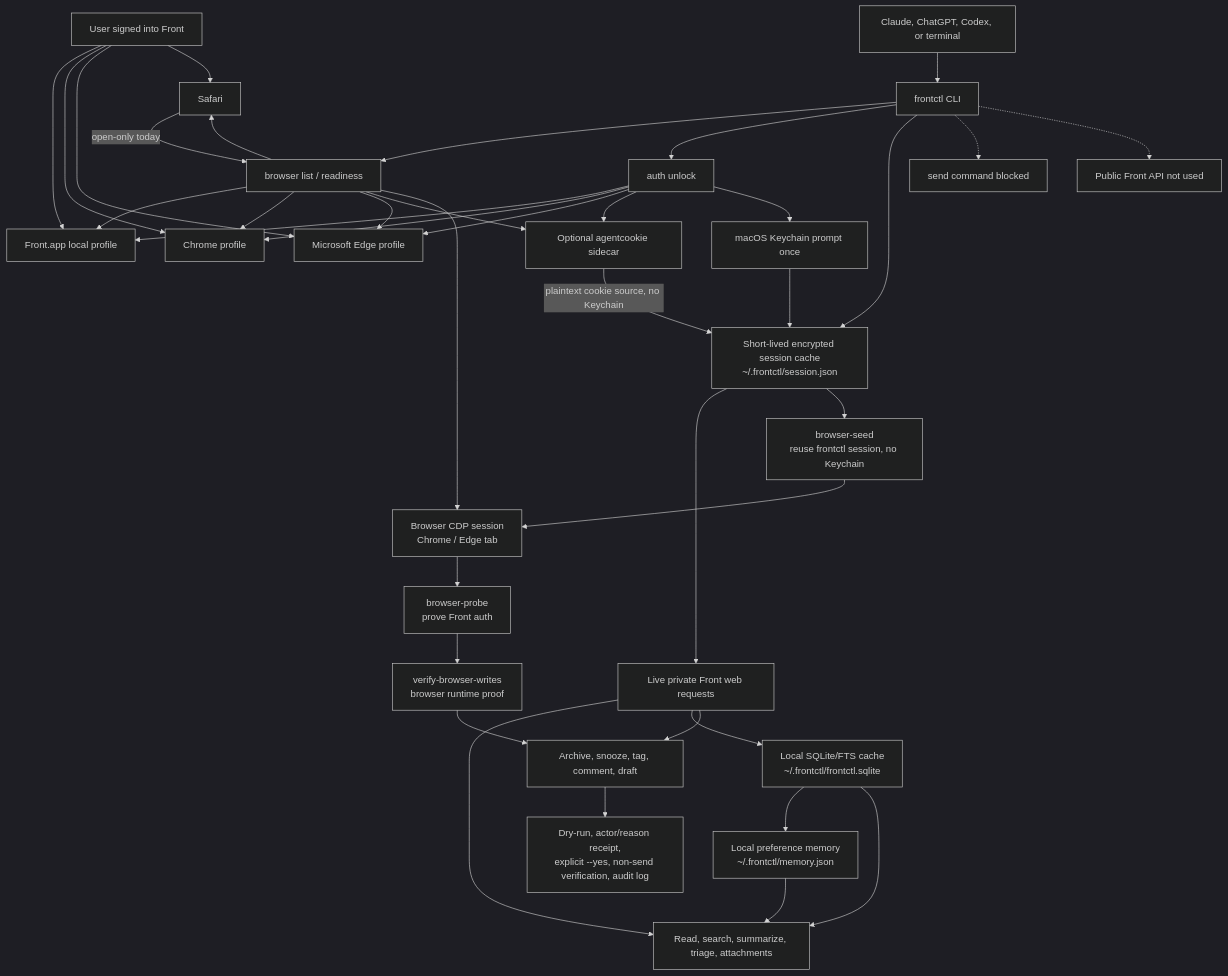
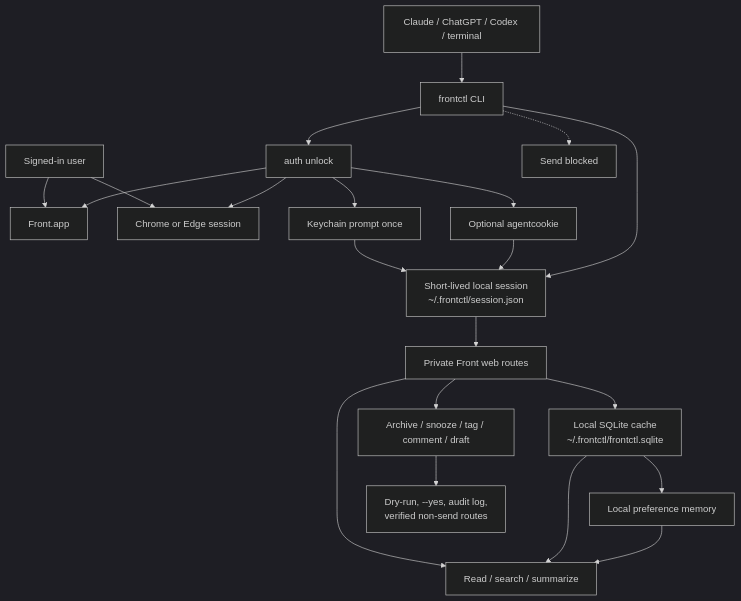
One commit to arjshiv/frontctl changed the diagram in README.md. Above: the diagram before and after it, drawn with Mermaid (dark theme). The commit also changed other lines of this file, not shown here.

````diff
--- a/README.md
+++ b/README.md
@@ -41,73 +108,40 @@
 ```mermaid
 flowchart TD
-  user["User signed into Front"]
-  agent["Claude, ChatGPT, Codex, or terminal"]
+  user["Signed-in user"]
+  agent["Claude / ChatGPT / Codex / terminal"]
   cli["frontctl CLI"]
+  app["Front.app"]
+  browser["Chrome or Edge session"]
+  agentcookie["Optional agentcookie"]
+  unlock["auth unlock"]
+  keychain["Keychain prompt once"]
+  session["Short-lived local session<br/>~/.frontctl/session.json"]
+  live["Private Front web routes"]
+  cache["Local SQLite cache<br/>~/.frontctl/frontctl.sqlite"]
+  memory["Local preference memory"]
+  read["Read / search / summarize"]
+  write["Archive / snooze / tag / comment / draft"]
+  safety["Dry-run, --yes, audit log,<br/>verified non-send routes"]
+  blocked["Send blocked"]
 
-  frontApp["Front.app local profile"]
-  chrome["Chrome profile"]
-  edge["Microsoft Edge profile"]
-  safari["Safari"]
-  agentcookie["Optional agentcookie sidecar"]
-
-  browserList["browser list / readiness"]
-  unlock["auth unlock"]
-  keychain["macOS Keychain prompt once"]
-  session["Short-lived encrypted session cache<br/>~/.frontctl/session.json"]
-
-  live["Live private Front web requests"]
-  browserCdp["Browser CDP session<br/>Chrome / Edge tab"]
-  browserProbe["browser-probe<br/>prove Front auth"]
-  browserSeed["browser-seed<br/>reuse frontctl session, no Keychain"]
-  browserVerify["verify-browser-writes<br/>browser runtime proof"]
-  cache["Local SQLite/FTS cache<br/>~/.frontctl/frontctl.sqlite"]
-  memory["Local preference memory<br/>~/.frontctl/memory.json"]
-  readOnly["Read, search, summarize, triage, attachments"]
-  guarded["Archive, snooze, tag, comment, draft"]
-  verifier["Dry-run, actor/reason receipt,<br/>explicit --yes, non-send verification, audit log"]
-
-  blockedSend["send command blocked"]
-  publicApi["Public Front API not used"]
-
-  user --> frontApp
-  user --> chrome
-  user --> edge
-  user --> safari
+  user --> app
+  user --> browser
   agent --> cli
-
-  cli --> browserList
-  browserList --> frontApp
-  browserList --> chrome
-  browserList --> edge
-  browserList --> safari
-  browserList --> agentcookie
-
   cli --> unlock
-  unlock --> frontApp
-  unlock --> chrome
-  unlock --> edge
+  unlock --> app
+  unlock --> browser
   unlock --> agentcookie
-  safari -->|"open-only today"| browserList
   unlock --> keychain
   keychain --> session
-  agentcookie -->|"plaintext cookie source, no Keychain"| session
-
+  agentcookie --> session
   cli --> session
   session --> live
-  session --> browserSeed
-  browserSeed --> browserCdp
-  browserList --> browserCdp
-  browserCdp --> browserProbe
-  browserProbe --> browserVerify
-  browserVerify --> guarded
-  live --> readOnly
+  live --> read
+  live --> write
   live --> cache
+  cache --> read
   cache --> memory
-  cache --> readOnly
-  memory --> readOnly
-  live --> guarded
-  guarded --> verifier
-
-  cli -.-> blockedSend
-  cli -.-> publicApi
+  memory --> read
+  write --> safety
+  cli -.-> blocked
 ```
````
